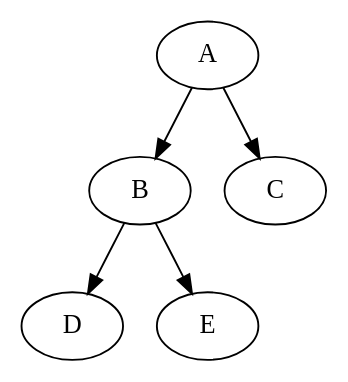
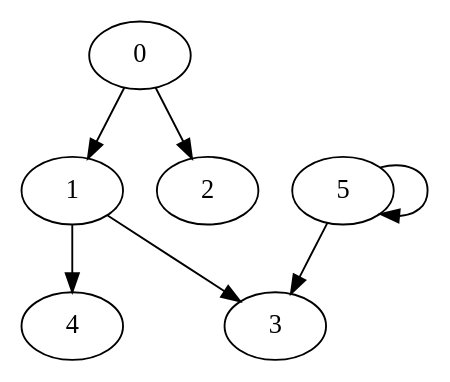
Before and after one commit to jojobaseedoil/MINs: the diagram in Misc/Graphs/debug.dot, drawn with Graphviz. The commit also changed 10 other files, not shown here.

```diff
--- a/Misc/Graphs/debug.dot
+++ b/Misc/Graphs/debug.dot
@@ -1,6 +1,8 @@
 digraph debug{
-    A->B
-    A->C
-    B->D
-    B->E
+    0->1
+    0->2
+    1->3
+    1->4
+    5->3
+    5->5
 }
```
